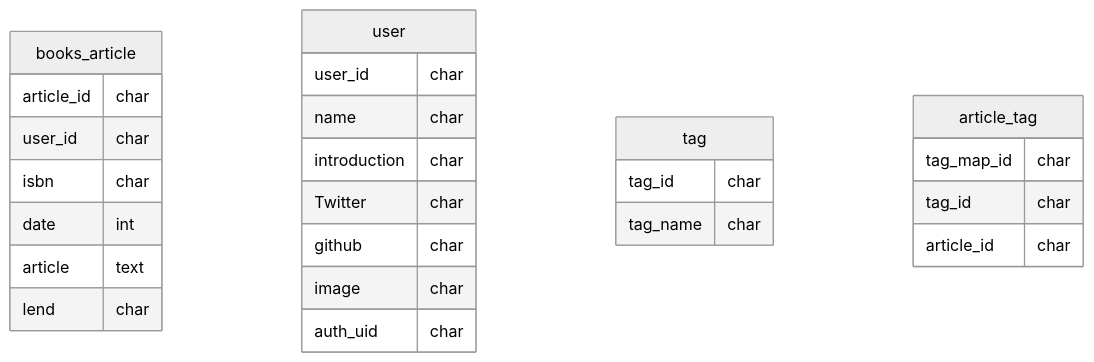
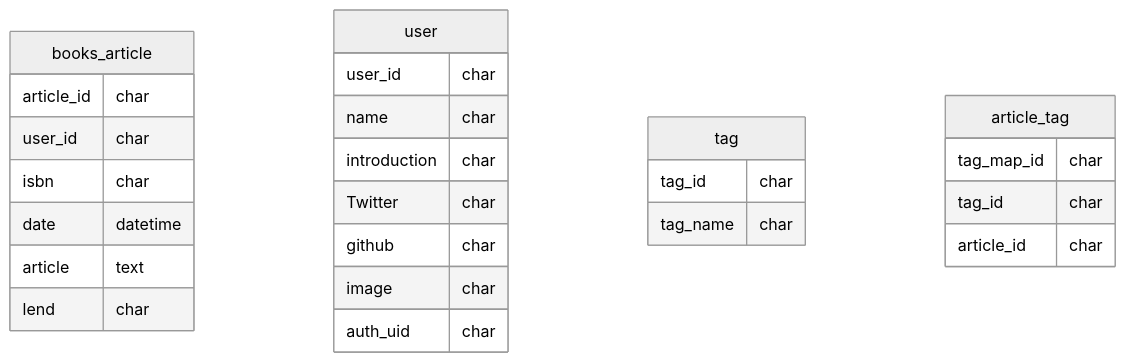
Before and after one commit to hackz-hackathon-giganoto/team-l: the diagram in README.md, drawn with Mermaid (neutral theme).

````diff
--- a/README.md
+++ b/README.md
@@ -18,34 +18,34 @@
 ```mermaid
 erDiagram
 
 books_article{
   article_id char
   user_id char
   isbn char
-  date int
+  date datetime
   article text
   lend char
 }
 
 user{
   user_id char
   name char
   introduction char
   Twitter char
   github char
   image char
   auth_uid char
 }
 
 tag{
   tag_id char
   tag_name char
 }
 
 article_tag{
   tag_map_id char
   tag_id char
   article_id char
 }
 
 ```
````
